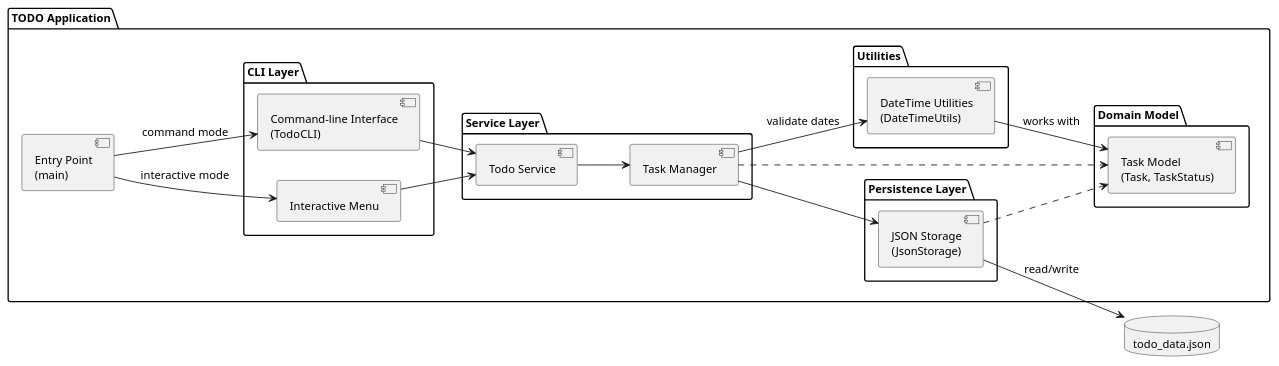
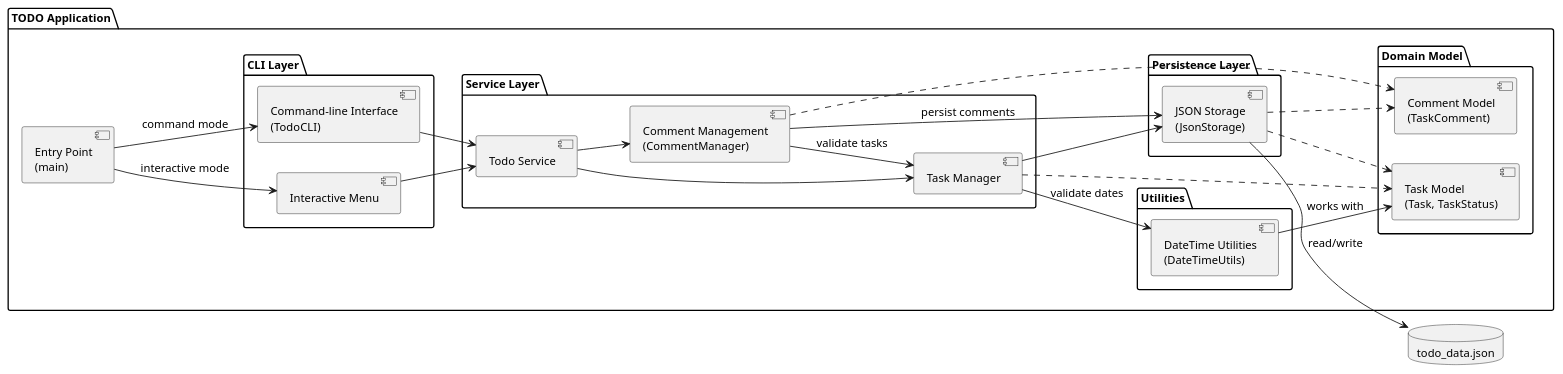
Before and after one commit to DanielRiha8906/Software_autoevolution_using_agents: the diagram in experiments/supervisor_as_tools/user_stories/TODO/artifacts/component_diagram.puml, drawn with PlantUML. The commit also changed 15 other files, not shown here.

First line of the commit message:
task 03 | implement task comments

```diff
--- a/experiments/supervisor_as_tools/user_stories/TODO/artifacts/component_diagram.puml
+++ b/experiments/supervisor_as_tools/user_stories/TODO/artifacts/component_diagram.puml
@@ -1,52 +1,61 @@
 @startuml component_diagram
 
 skinparam componentStyle uml2
 skinparam defaultFontSize 13
 
 left to right direction
 
 package "TODO Application" {
 
     component "Entry Point\n(main)" as Main
 
     package "CLI Layer" {
         component "Interactive Menu" as IM
         component "Command-line Interface\n(TodoCLI)" as CLI
     }
 
     package "Service Layer" {
         component "Todo Service" as SVC
         component "Task Manager" as MGR
+        component "Comment Management\n(CommentManager)" as CMT
     }
 
     package "Domain Model" {
         component "Task Model\n(Task, TaskStatus)" as Model
+        component "Comment Model\n(TaskComment)" as CommentModel
     }
 
     package "Utilities" {
         component "DateTime Utilities\n(DateTimeUtils)" as DTUtils
     }
 
     package "Persistence Layer" {
         component "JSON Storage\n(JsonStorage)" as Storage
     }
 }
 
 database "todo_data.json" as DB
 
 Main --> IM : interactive mode
 Main --> CLI : command mode
 
 IM --> SVC
 CLI --> SVC
 
 SVC --> MGR
+SVC --> CMT
+
 MGR --> Storage
 MGR --> DTUtils : validate dates
 MGR ..> Model
+CMT --> Storage : persist comments
+CMT --> MGR : validate tasks
+CMT ..> CommentModel
+
 Storage ..> Model
+Storage ..> CommentModel
 DTUtils --> Model : works with
 
 Storage --> DB : read/write
 
 @enduml
```
